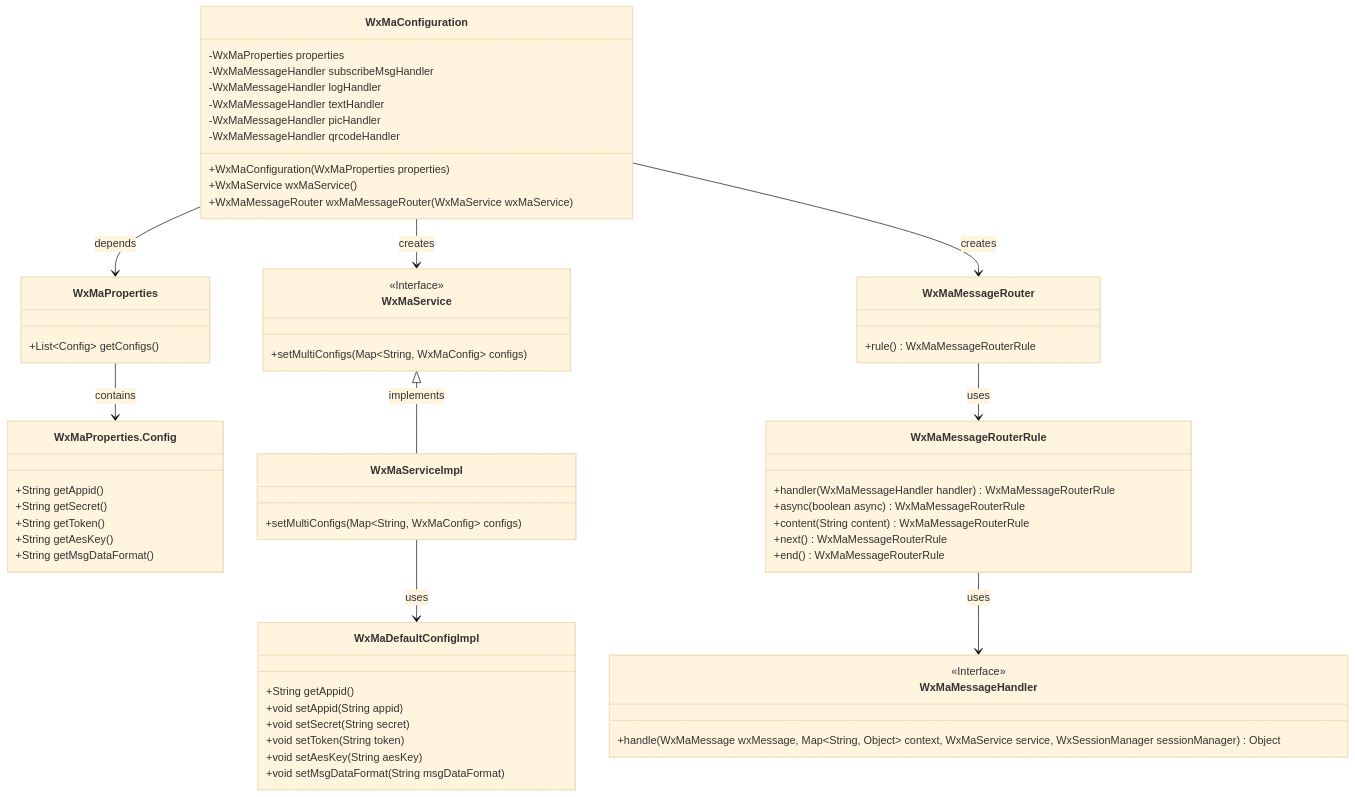
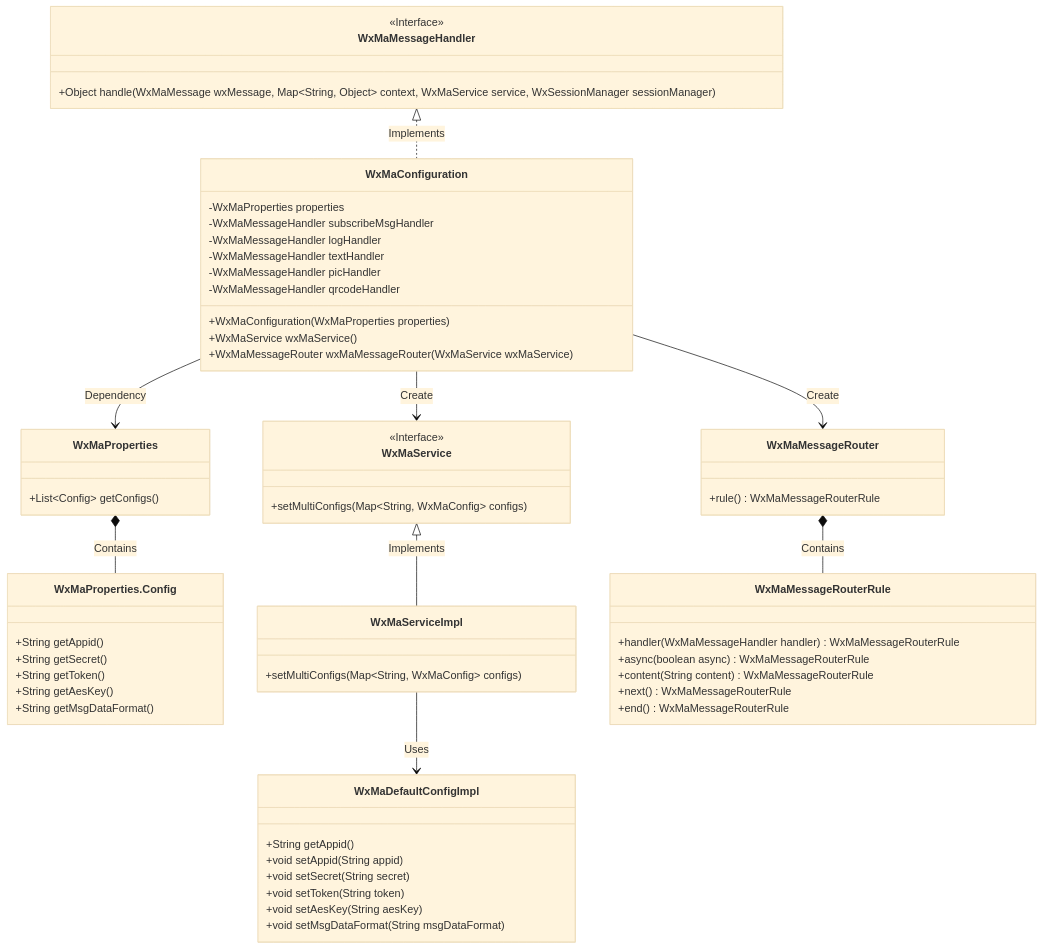
One commit to v-wjrong/rongwj666_weixin-java-miniapp-demo changed the first of 3 diagrams in docs/en/docs/src/main/java/com/github/binarywang/demo/wx/miniapp/config/WxMaConfiguration.md. Above: the diagram before and after it, drawn with Mermaid (base theme). The commit also changed other lines of this file and 47 other files, not shown here.

````diff
--- a/docs/en/docs/src/main/java/com/github/binarywang/demo/wx/miniapp/config/WxMaConfiguration.md
+++ b/docs/en/docs/src/main/java/com/github/binarywang/demo/wx/miniapp/config/WxMaConfiguration.md
@@ -36,70 +36,70 @@
 ```mermaid
 classDiagram
     class WxMaConfiguration {
         -WxMaProperties properties
         -WxMaMessageHandler subscribeMsgHandler
         -WxMaMessageHandler logHandler
         -WxMaMessageHandler textHandler
         -WxMaMessageHandler picHandler
         -WxMaMessageHandler qrcodeHandler
         +WxMaConfiguration(WxMaProperties properties)
         +WxMaService wxMaService()
         +WxMaMessageRouter wxMaMessageRouter(WxMaService wxMaService)
     }
 
     class WxMaProperties {
         +List~Config~ getConfigs()
     }
 
     class WxMaProperties.Config {
         +String getAppid()
         +String getSecret()
         +String getToken()
         +String getAesKey()
         +String getMsgDataFormat()
     }
 
     class WxMaService {
         <<Interface>>
         +setMultiConfigs(Map~String, WxMaConfig~ configs)
     }
 
     class WxMaServiceImpl {
         +setMultiConfigs(Map~String, WxMaConfig~ configs)
     }
 
     class WxMaDefaultConfigImpl {
         +String getAppid()
         +void setAppid(String appid)
         +void setSecret(String secret)
         +void setToken(String token)
         +void setAesKey(String aesKey)
         +void setMsgDataFormat(String msgDataFormat)
     }
 
     class WxMaMessageRouter {
         +rule() WxMaMessageRouterRule
     }
 
     class WxMaMessageRouterRule {
         +handler(WxMaMessageHandler handler) WxMaMessageRouterRule
         +async(boolean async) WxMaMessageRouterRule
         +content(String content) WxMaMessageRouterRule
         +next() WxMaMessageRouterRule
         +end() WxMaMessageRouterRule
     }
 
     class WxMaMessageHandler {
         <<Interface>>
-        +handle(WxMaMessage wxMessage, Map~String, Object~ context, WxMaService service, WxSessionManager sessionManager) Object
+        +Object handle(WxMaMessage wxMessage, Map~String, Object~ context, WxMaService service, WxSessionManager sessionManager)
     }
 
-    WxMaConfiguration --> WxMaProperties : depends
-    WxMaConfiguration --> WxMaService : creates
-    WxMaConfiguration --> WxMaMessageRouter : creates
-    WxMaService <|-- WxMaServiceImpl : implements
-    WxMaProperties --> WxMaProperties.Config : contains
-    WxMaServiceImpl --> WxMaDefaultConfigImpl : uses
-    WxMaMessageRouter --> WxMaMessageRouterRule : uses
-    WxMaMessageRouterRule --> WxMaMessageHandler : uses
+    WxMaConfiguration --> WxMaProperties : Dependency
+    WxMaConfiguration --> WxMaService : Create
+    WxMaConfiguration --> WxMaMessageRouter : Create
+    WxMaService <|-- WxMaServiceImpl : Implements
+    WxMaProperties *-- WxMaProperties.Config : Contains
+    WxMaMessageRouter *-- WxMaMessageRouterRule : Contains
+    WxMaMessageHandler <|.. WxMaConfiguration : Implements
+    WxMaServiceImpl --> WxMaDefaultConfigImpl : Uses
 ```
````
